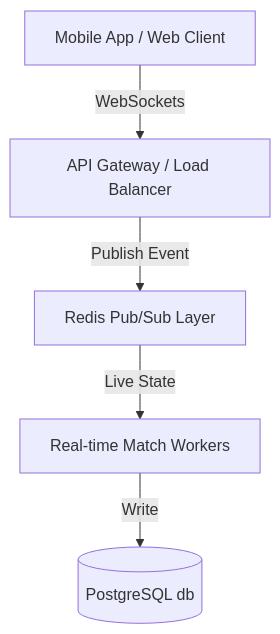
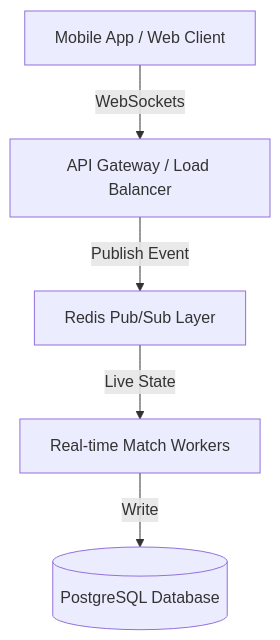
One commit to shahakz11/pm-portfolio-365scores changed the diagram in 365scores_prd.md. Above: the diagram before and after it, drawn with Mermaid. The commit also changed 2 other files, not shown here.

Commit message:
Fix Mermaid syntax formatting in PRD

````diff
--- a/365scores_prd.md
+++ b/365scores_prd.md
@@ -41,7 +41,7 @@
 ```mermaid
 graph TD
-    Client[Mobile App / Web Client] -->|WebSockets| Gateway[API Gateway / Load Balancer]
-    Gateway -->|Publish Event| PubSub[Redis Pub/Sub Layer]
-    PubSub -->|Live State| Workers[Real-time Match Workers]
-    Workers -->|Write| Database[(PostgreSQL db)]
+    Client["Mobile App / Web Client"] -->|WebSockets| Gateway["API Gateway / Load Balancer"]
+    Gateway -->|Publish Event| PubSub["Redis Pub/Sub Layer"]
+    PubSub -->|Live State| Workers["Real-time Match Workers"]
+    Workers -->|Write| Database[("PostgreSQL Database")]
 ```
````
